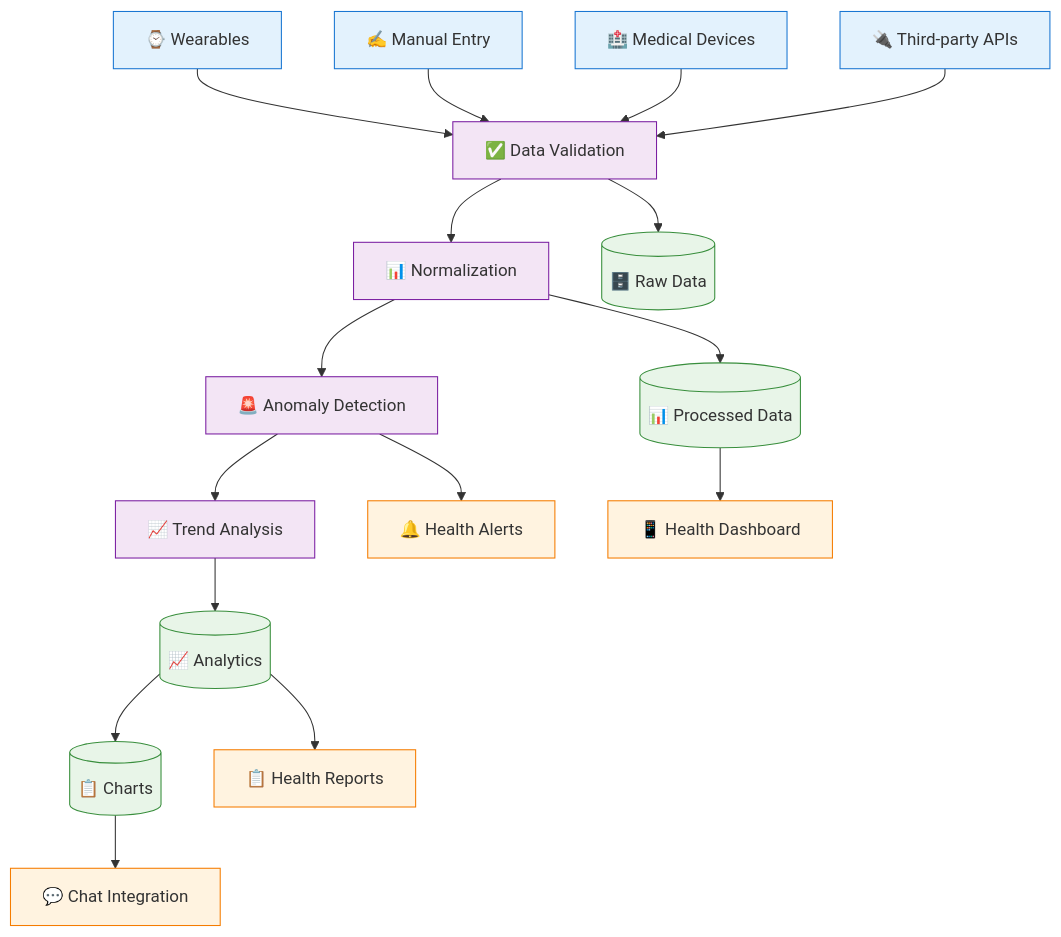
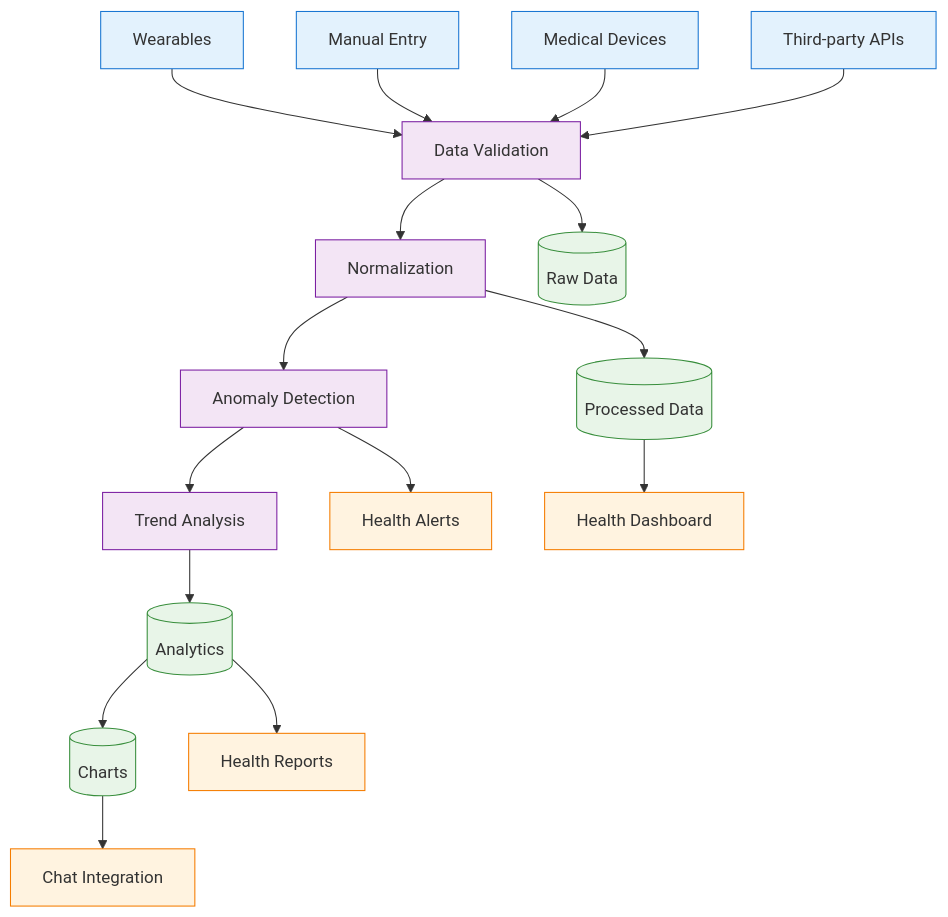
The fifth of 5 diagrams in database-diagram.md (InflammAI/New-Inflamm-AI-AI), drawn with Mermaid before and after one commit. The commit also changed other lines of this file, not shown here.

Commit message:
Remove emojis from Mermaid diagrams to fix rendering
- Removed all emojis and special characters from SciCast workflow
- Removed emojis from Health Data Pipeline diagram
- Simplified text labels for better Mermaid compatibility
- Maintained all relationships and styling
- Ensures rendering across all Mermaid viewers

````diff
--- a/database-diagram.md
+++ b/database-diagram.md
@@ -233,57 +233,57 @@
 ```mermaid
 graph TB
     %% Data Sources
-    Wearables[⌚ Wearables]
-    ManualEntry[✍️ Manual Entry]
-    MedicalDevices[🏥 Medical Devices]
-    ThirdPartyAPIs[🔌 Third-party APIs]
+    Wearables[Wearables]
+    ManualEntry[Manual Entry]
+    MedicalDevices[Medical Devices]
+    ThirdPartyAPIs[Third-party APIs]
     
     %% Data Processing
-    DataValidation[✅ Data Validation]
-    Normalization[📊 Normalization]
-    AnomalyDetection[🚨 Anomaly Detection]
-    TrendAnalysis[📈 Trend Analysis]
+    DataValidation[Data Validation]
+    Normalization[Normalization]
+    AnomalyDetection[Anomaly Detection]
+    TrendAnalysis[Trend Analysis]
     
     %% Storage & Analytics
-    RawData[(🗄️ Raw Data)]
-    ProcessedData[(📊 Processed Data)]
-    Analytics[(📈 Analytics)]
-    Charts[(📋 Charts)]
+    RawData[(Raw Data)]
+    ProcessedData[(Processed Data)]
+    Analytics[(Analytics)]
+    Charts[(Charts)]
     
     %% User Interface
-    Dashboard[📱 Health Dashboard]
-    Alerts[🔔 Health Alerts]
-    Reports[📋 Health Reports]
-    ChatIntegration[💬 Chat Integration]
+    Dashboard[Health Dashboard]
+    Alerts[Health Alerts]
+    Reports[Health Reports]
+    ChatIntegration[Chat Integration]
     
     %% Data Flow
     Wearables --> DataValidation
     ManualEntry --> DataValidation
     MedicalDevices --> DataValidation
     ThirdPartyAPIs --> DataValidation
     
     DataValidation --> Normalization
     Normalization --> AnomalyDetection
     AnomalyDetection --> TrendAnalysis
     
     DataValidation --> RawData
     Normalization --> ProcessedData
     TrendAnalysis --> Analytics
     Analytics --> Charts
     
     ProcessedData --> Dashboard
     AnomalyDetection --> Alerts
     Analytics --> Reports
     Charts --> ChatIntegration
     
     %% Styling
     classDef source fill:#e3f2fd,stroke:#1976d2
     classDef processing fill:#f3e5f5,stroke:#7b1fa2
     classDef storage fill:#e8f5e8,stroke:#388e3c
     classDef interface fill:#fff3e0,stroke:#f57c00
     
     class Wearables,ManualEntry,MedicalDevices,ThirdPartyAPIs source
     class DataValidation,Normalization,AnomalyDetection,TrendAnalysis processing
     class RawData,ProcessedData,Analytics,Charts storage
     class Dashboard,Alerts,Reports,ChatIntegration interface
 ```
````
